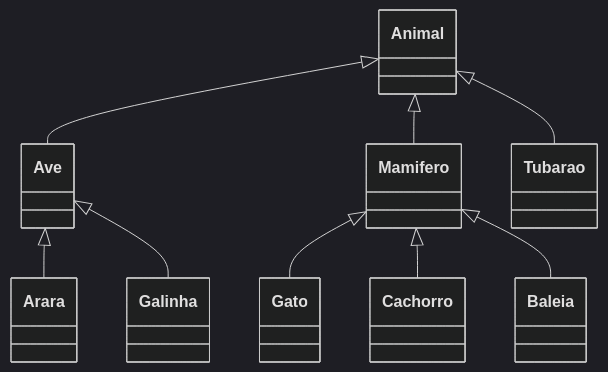
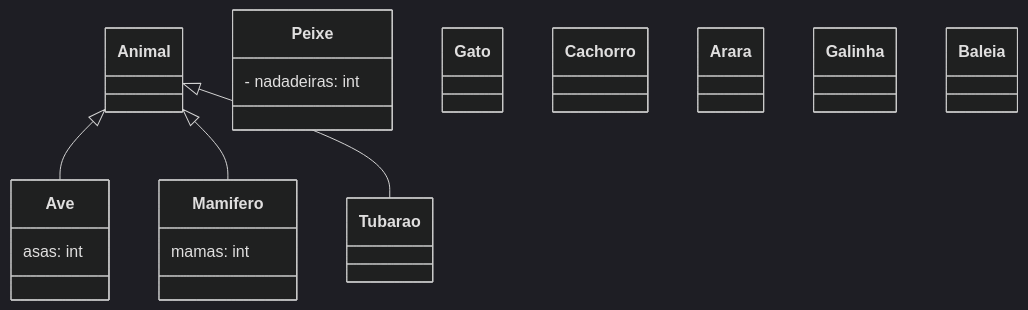
The fourth of 4 diagrams in aula_13/README.md (sfvini/POO), drawn with Mermaid (dark theme) before and after one commit. The commit also changed 7 other files, not shown here.

````diff
--- a/aula_13/README.md
+++ b/aula_13/README.md
@@ -88,48 +88,48 @@
 ```mermaid
 classDiagram
 
     Animal <|-- Ave
     Animal <|-- Mamifero
     Animal <|-- Tubarao
-    Ave <|-- Arara
-    Ave <|-- Galinha
-    Mamifero <|-- Gato
-    Mamifero <|-- Cachorro
-    Mamifero <|-- Baleia
+ 
     
     class Animal {
         
     }
     
+    class Peixe {
+        - nadadeiras: int
+    }
+    
     class Ave {
-        
+       asas: int 
     }
 
     class Mamifero {
-        
+        mamas: int
     }
 
     class Gato {
 
     }
 
     class Cachorro {
 
     }
 
     class Arara {
 
     }
 
     class Galinha {
 
     }
 
     class Baleia {
 
     }
 
     class Tubarao {
 
     }
 ```
````
